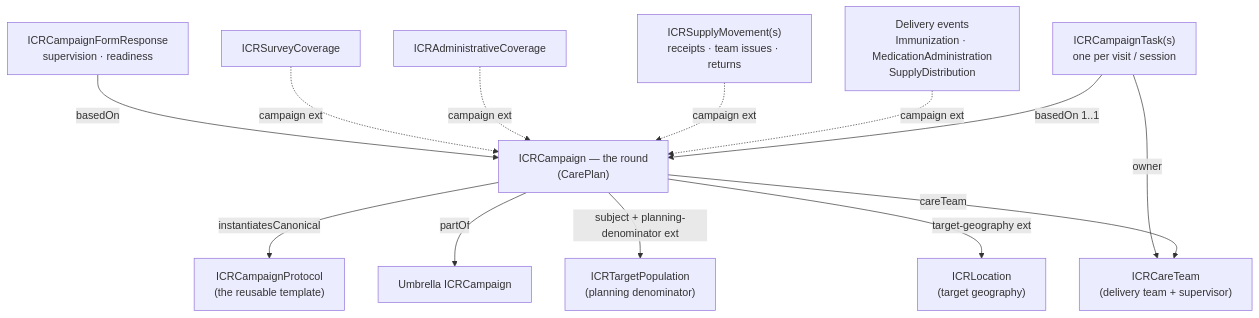
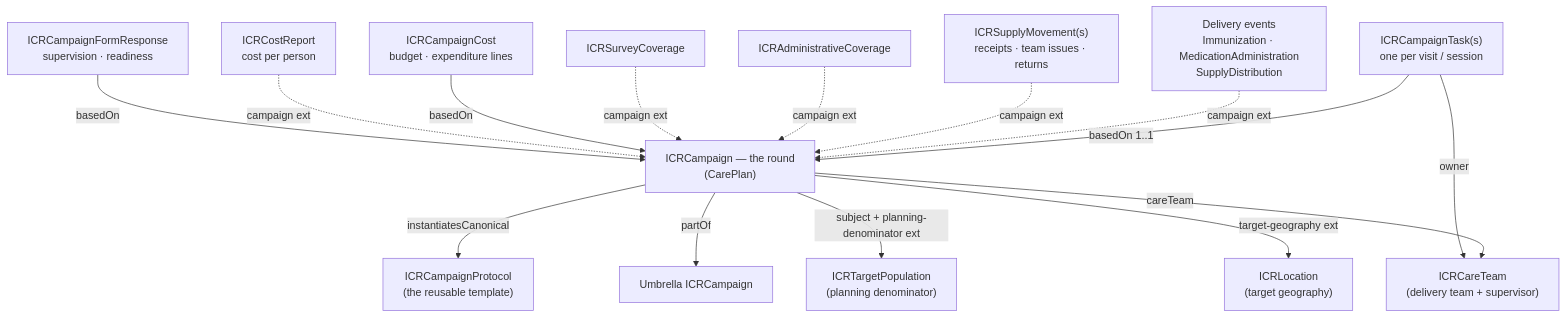
One commit to recodelabs/icr changed the second of 7 diagrams in project/ig-summary-v2.md. Above: the diagram before and after it, drawn with Mermaid. The commit also changed other lines of this file and 10 other files, not shown here.

First line of the commit message:
cost-v1: ICRCampaignCost (Observation) + ICRCostReport (MeasureReport) for campaign cost & cost per person

````diff
--- a/project/ig-summary-v2.md
+++ b/project/ig-summary-v2.md
@@ -435,15 +445,17 @@
 ```mermaid
 graph TD
   T["ICRCampaignTask(s)<br/>one per visit / session"] -->|"basedOn 1..1"| CP["ICRCampaign — the round<br/>(CarePlan)"]
   EV["Delivery events<br/>Immunization · MedicationAdministration<br/>SupplyDistribution"] -.->|"campaign ext"| CP
   SUP["ICRSupplyMovement(s)<br/>receipts · team issues · returns"] -.->|"campaign ext"| CP
   AC["ICRAdministrativeCoverage"] -.->|"campaign ext"| CP
   SC["ICRSurveyCoverage"] -.->|"campaign ext"| CP
+  CC["ICRCampaignCost<br/>budget · expenditure lines"] -->|basedOn| CP
+  CR["ICRCostReport<br/>cost per person"] -.->|"campaign ext"| CP
   FR["ICRCampaignFormResponse<br/>supervision · readiness"] -->|basedOn| CP
   CP -->|instantiatesCanonical| PD["ICRCampaignProtocol<br/>(the reusable template)"]
   CP -->|partOf| U["Umbrella ICRCampaign"]
   CP -->|"subject + planning-denominator ext"| TP["ICRTargetPopulation<br/>(planning denominator)"]
   CP -->|"target-geography ext"| GEO["ICRLocation<br/>(target geography)"]
   CP -->|careTeam| CT["ICRCareTeam<br/>(delivery team + supervisor)"]
   T -->|owner| CT
 ```
````
